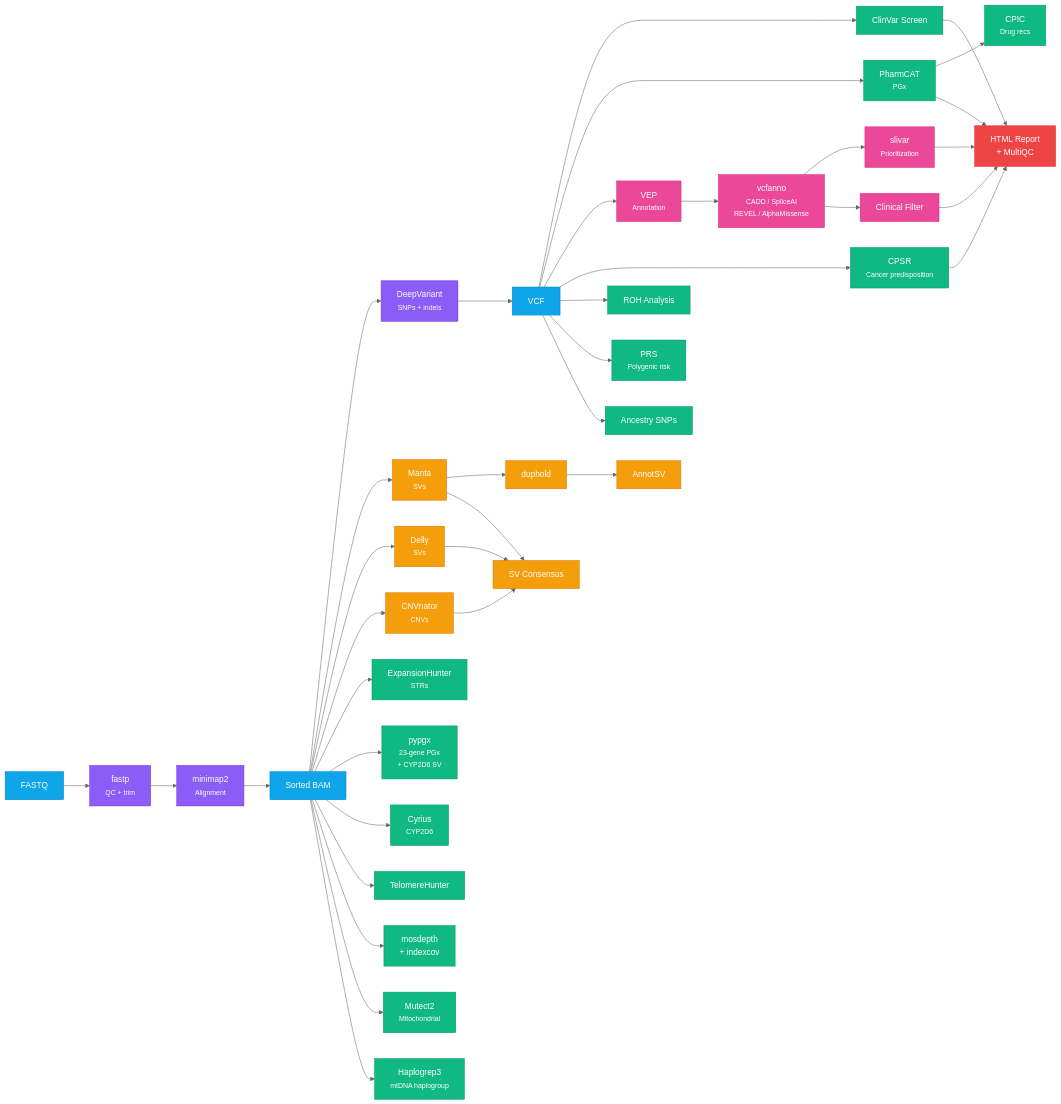
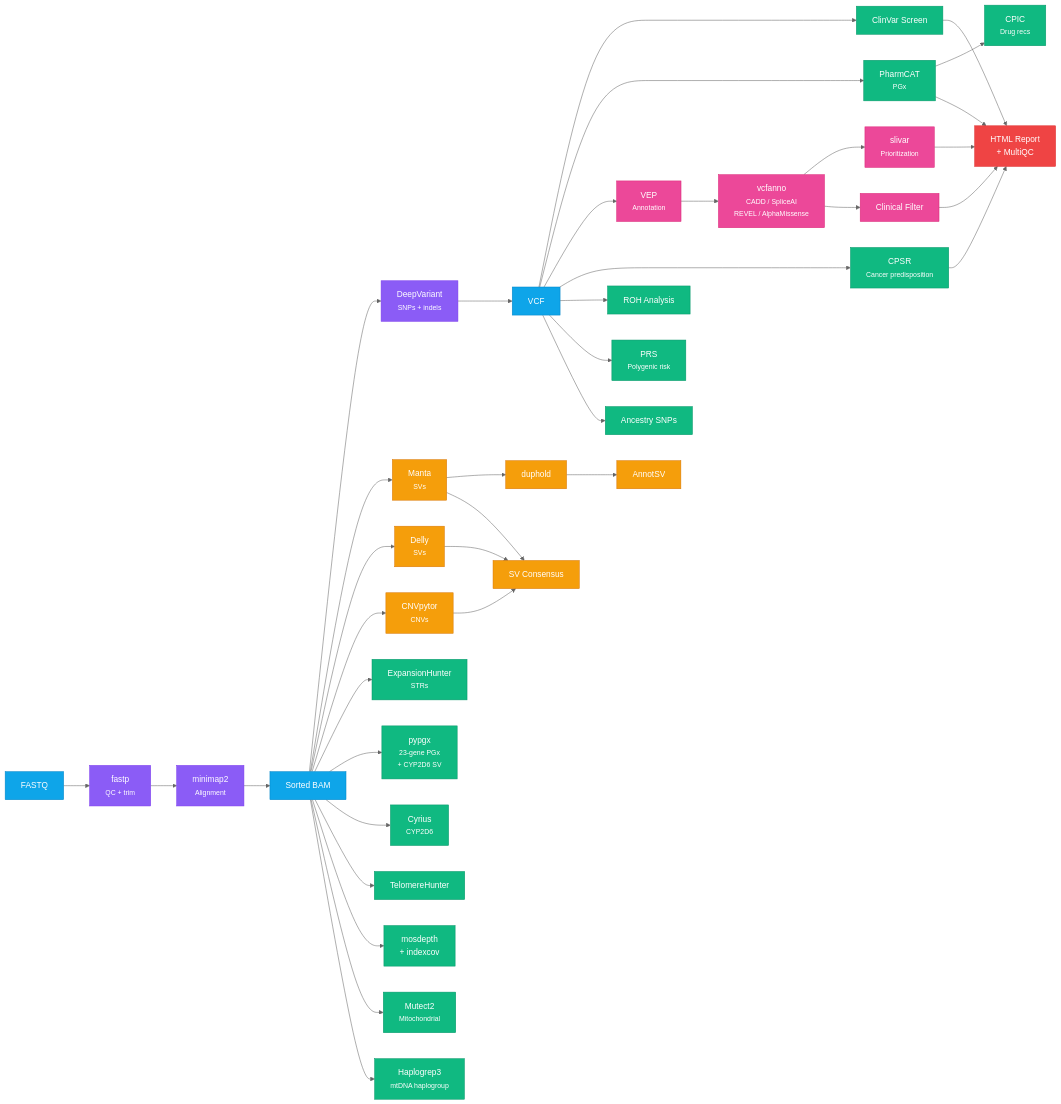
The diagram in README.md (GeiserX/Personal-Genome-Pipeline), drawn with Mermaid (neutral theme) before and after one commit. The commit also changed other lines of this file and 31 other files, not shown here.

````diff
--- a/README.md
+++ b/README.md
@@ -66,61 +66,61 @@
 ```mermaid
 graph LR
     FASTQ["FASTQ"] --> fastp["fastp<br/><small>QC + trim</small>"]
     fastp --> align["minimap2<br/><small>Alignment</small>"]
     align --> BAM["Sorted BAM"]
     BAM --> DV["DeepVariant<br/><small>SNPs + indels</small>"]
     DV --> VCF["VCF"]
 
     %% VCF-based analyses
     VCF --> clinvar["ClinVar Screen"]
     VCF --> pharmcat["PharmCAT<br/><small>PGx</small>"]
     pharmcat --> cpic["CPIC<br/><small>Drug recs</small>"]
     VCF --> vep["VEP<br/><small>Annotation</small>"]
     vep --> vcfanno["vcfanno<br/><small>CADD / SpliceAI<br/>REVEL / AlphaMissense</small>"]
     vcfanno --> slivar["slivar<br/><small>Prioritization</small>"]
     vcfanno --> clinical["Clinical Filter"]
     VCF --> cpsr["CPSR<br/><small>Cancer predisposition</small>"]
     VCF --> roh["ROH Analysis"]
     VCF --> prs["PRS<br/><small>Polygenic risk</small>"]
     VCF --> ancestry["Ancestry SNPs"]
 
     %% BAM-based analyses
     BAM --> manta["Manta<br/><small>SVs</small>"]
     BAM --> delly["Delly<br/><small>SVs</small>"]
-    BAM --> cnvnator["CNVnator<br/><small>CNVs</small>"]
+    BAM --> cnvpytor["CNVpytor<br/><small>CNVs</small>"]
     manta --> duphold["duphold"]
     duphold --> annotsv["AnnotSV"]
     manta --> consensus["SV Consensus"]
     delly --> consensus
-    cnvnator --> consensus
+    cnvpytor --> consensus
 
     BAM --> eh["ExpansionHunter<br/><small>STRs</small>"]
     BAM --> pypgx["pypgx<br/><small>23-gene PGx<br/>+ CYP2D6 SV</small>"]
     BAM --> cyrius["Cyrius<br/><small>CYP2D6</small>"]
     BAM --> telomere["TelomereHunter"]
     BAM --> coverage["mosdepth<br/>+ indexcov"]
     BAM --> mito["Mutect2<br/><small>Mitochondrial</small>"]
     BAM --> haplo["Haplogrep3<br/><small>mtDNA haplogroup</small>"]
 
     %% Reporting
     clinical --> report["HTML Report<br/>+ MultiQC"]
     slivar --> report
     clinvar --> report
     pharmcat --> report
     cpsr --> report
 
     %% Styling
     classDef input fill:#0ea5e9,stroke:#0284c7,color:#fff
     classDef core fill:#8b5cf6,stroke:#7c3aed,color:#fff
     classDef analysis fill:#10b981,stroke:#059669,color:#fff
     classDef sv fill:#f59e0b,stroke:#d97706,color:#fff
     classDef annotation fill:#ec4899,stroke:#db2777,color:#fff
     classDef report fill:#ef4444,stroke:#dc2626,color:#fff
 
     class FASTQ,BAM,VCF input
     class fastp,align,DV core
     class clinvar,pharmcat,cpic,cpsr,eh,roh,prs,ancestry,pypgx,cyrius,telomere,coverage,mito,haplo analysis
-    class manta,delly,cnvnator,consensus,duphold,annotsv sv
+    class manta,delly,cnvpytor,consensus,duphold,annotsv sv
     class vep,vcfanno,slivar,clinical annotation
     class report report
 ```
````
